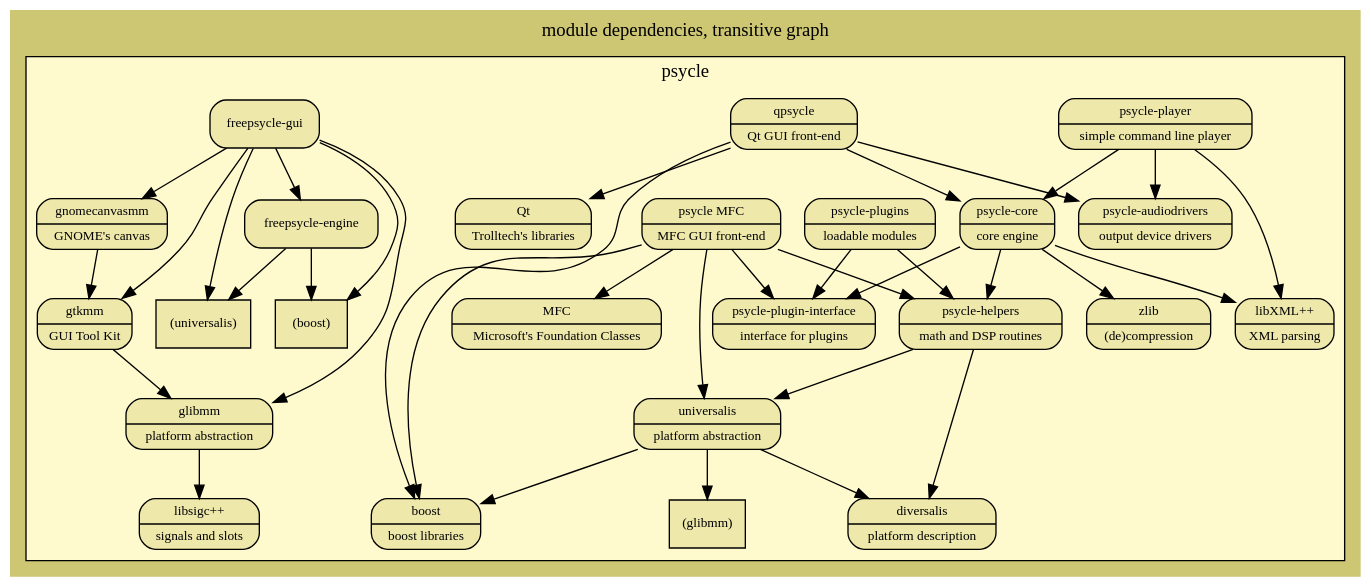
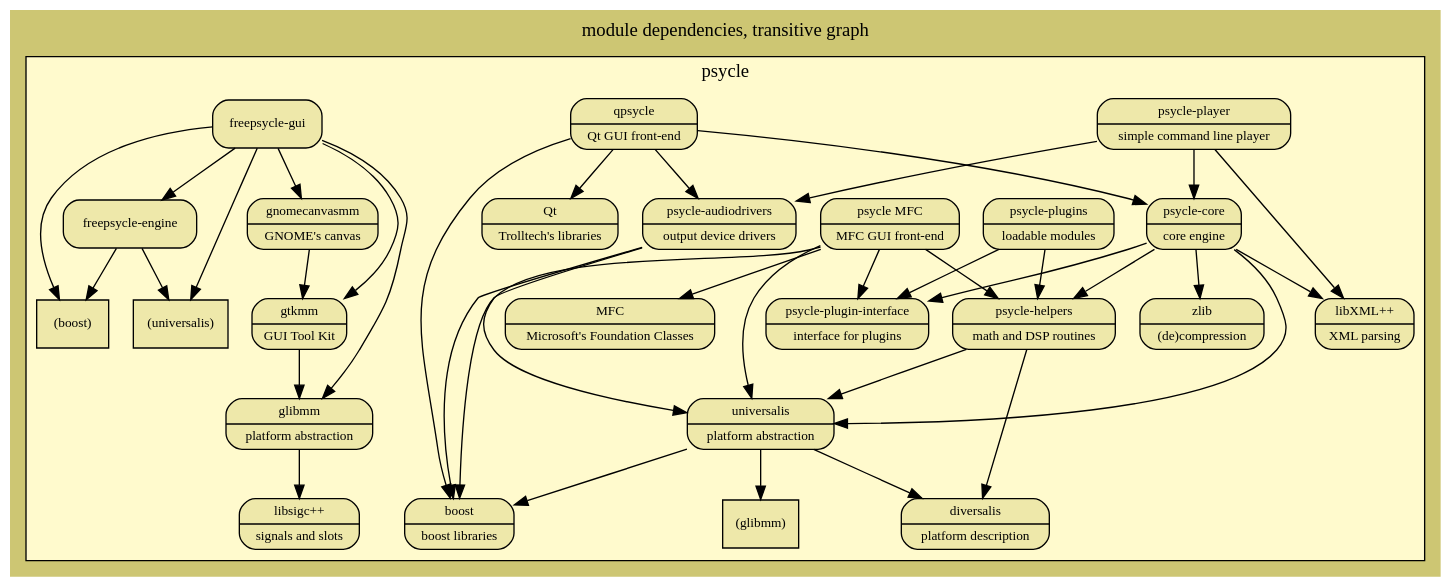
Before and after one commit to jpaquim/psycle: the diagram in dependencies.dot, drawn with Graphviz.

Commit message:
dependencies

```diff
--- a/dependencies.dot
+++ b/dependencies.dot
@@ -1,178 +1,181 @@
 // generate the .png image file with: dot dependencies.dot -Tpng > dependencies.png
 digraph dependencies {
 	label = "module dependencies, transitive graph"
 	rankdir = TB
 	//rankdir = LR
 	labelloc = t
 	fontname = verdana
 	fontsize = 14
 	bgcolor = khaki3
 	//concentrate = true // ugly line concentrations
 	ratio = auto
 	node [
 		shape = Mrecord
 		style = rounded
 		fillcolor = lemonchiffon1
 		fontname = verdana
 		fontsize = 10
 	]
 	
 	subgraph cluster_psycle {
 		label = "psycle"
 		bgcolor = lemonchiffon1
 		node [ style = filled fillcolor = palegoldenrod ]
 		
 		//subgraph cluster_external {
 			//label = "external"
 			//bgcolor = lemonchiffon1
 
 			//"stdc++" [ label = "{ stdc++ | standard C++ library }" ];
 			
 			//"posix" [ label = "{ POSIX | Portable OS Interface }" ];
 
 			"boost" [ label = "{ boost | boost libraries }" ];
 			//"boost" -> "stdc++";
 			//"stdc++" -> "stdc";
 
 			"libsigc++" [ label = "{ libsigc++ | signals and slots }" ];
 
 			"glibmm" [ label = "{ glibmm | platform abstraction }" ];
 			//"glibmm" -> "stdc++";
 			//"glibmm" -> "glib";
 			//"glib" -> "stdc";
 			"glibmm" -> "libsigc++";
 			
 			//"gdkmm" [ label = "{ gdkmm | GUI Drawing Kit }" ];
 			//"gdkmm" -> "glibmm";
 			//"gdkmm" -> "stdc++";
 			//"gdkmm" -> "gdk";
 			//"gdk" -> "stdc";
 			
 			//"cairomm";
 			//"gdkmm" -> "cairomm";
 			
 			//"pangomm";
 			//"gtkmm" -> "pangomm";
 			
 			//"atkmm";
 			//"gtkmm" -> "atkmm";
 
 			"gtkmm" [ label = "{ gtkmm | GUI Tool Kit }" ];
 			//"gtkmm" -> "gdkmm";
 			"gtkmm" -> "glibmm";
 			//"gtkmm" -> "stdc++";
 			//"gtkmm" -> "gtk";
 			//"gtk" -> "stdc";
 			
 			"gnomecanvasmm" [ label = "{ gnomecanvasmm | GNOME's canvas }" ];
 			"gnomecanvasmm" -> "gtkmm";
 			//"gnomecanvasmm" -> "stdc++";
 			//"gnomecanvasmm" -> "gnomecanvas";
 			//"gnomecanvas" -> "stdc";
 			
 			"qt" [ label = "{ Qt | Trolltech's libraries }"];
 			//"qt" -> "stdc++";
 			
 			//subgraph cluster_microsoft {
 				//label = "microsoft"
 				//bgcolor = khaki
 				//"msvc" [ label = "{ MSVC | Microsoft's Visual C++ compiler }"];
 			
 				"mfc" [ label = "{ MFC | Microsoft's Foundation Classes }" ];
 				//"mfc" -> "msvc";
 			//}
 
 			"libxml++" [ label = "{ libXML++ | XML parsing }"];
 			//"libxml++" -> "stdc++";
 
 			"zlib" [ label = "{ zlib | (de)compression }"];
 			//"zlib" -> "stdc";
 		//}
 		
 		//subgraph cluster_cross_platform {
 			//label = "cross-platform"
 			//bgcolor = lemonchiffon1
 			"diversalis" [ label = "{ diversalis | platform description }" ];
 			"universalis" [ label = "{ universalis | platform abstraction }" ];
 			"universalis" -> "diversalis";
 			"universalis" -> "boost";
 			"universalis" -> "(glibmm)";
 			//"universalis" -> "posix";
 			//"universalis" -> "stdc++";
 		//}
 		
 		"psycle-helpers" [ label = "{ psycle-helpers | math and DSP routines }" ];
 		"psycle-helpers" -> "universalis";
 		"psycle-helpers" -> "diversalis";
 		
 		"psycle-plugin-interface" [label = "{psycle-plugin-interface | interface for plugins }"];
 		
 		"psycle-core" [ label = "{ psycle-core | core engine }" ];
 		"psycle-core" -> "psycle-plugin-interface";
 		"psycle-core" -> "psycle-helpers";
+		"psycle-core" -> "universalis";
 		"psycle-core" -> "zlib";
 		"psycle-core" -> "libxml++";
 		
 		"psycle-audiodrivers" [ label = "{ psycle-audiodrivers | output device drivers }"];
+		"psycle-audiodrivers" -> "universalis";
+		"psycle-audiodrivers" -> "boost";
 		
 		"psycle-player" [ label = "{ psycle-player | simple command line player }"];
 		"psycle-player" -> "psycle-core";
 		"psycle-player" -> "psycle-audiodrivers";
 		"psycle-player" -> "libxml++";
 		
 		"psycle-plugins" [ label = "{ psycle-plugins | loadable modules }"];
 		"psycle-plugins" -> "psycle-plugin-interface";
 		"psycle-plugins" -> "psycle-helpers";
 
 		//subgraph cluster_gui {
 			//label = "GUI"
 			//bgcolor = lemonchiffon1
 			"qpsycle" [ label = "{ qpsycle | Qt GUI front-end }" ];
 			"qpsycle" -> "psycle-core";
 			"qpsycle" -> "psycle-audiodrivers";
 			"qpsycle" -> "boost";
 			"qpsycle" -> "qt";
 			
 			"psycle-mfc" [ label = "{ psycle MFC | MFC GUI front-end }" ];
 			"psycle-mfc" -> "psycle-plugin-interface";
 			"psycle-mfc" -> "psycle-helpers";
 			"psycle-mfc" -> "universalis";
 			//"psycle-mfc" -> "diversalis";
 			"psycle-mfc" -> "boost";
 			"psycle-mfc" -> "mfc";
 		//}
 		
 		//subgraph cluster_ufo {
 			//label = "UFO"
 			//bgcolor = lemonchiffon1
 			"freepsycle-engine" -> "(universalis)";
 			"freepsycle-engine" -> "(boost)";
 			"freepsycle-gui" -> "freepsycle-engine";
 			"freepsycle-gui" -> "(universalis)";
 			"freepsycle-gui" -> "(boost)" ;
 			"freepsycle-gui" -> "glibmm";
 			"freepsycle-gui" -> "gtkmm";
 			"freepsycle-gui" -> "gnomecanvasmm";
 		//}
 		
 		/*
 		subgraph cluster_buzz {
 			label = "buzz"
 			bgcolor = khaki
 			"aldrin" -> "libzzub";
 			"buzé" -> "libzzub";
 			"aldrin" -> "pygtk";
 			"pygtk" -> "gtk";
 			"gtkmm" -> "gtk";
 			"psy2zzub" -> "psycle-plugins";
 			"psy2zzub" -> "libzzub";
 		}
 		*/
 
 		subgraph refs {
 			"(universalis)" [ shape = box style = filled ];
 			"(boost)" [ shape = box style = filled ];
 			"(glibmm)" [ shape = box style = filled ];
 		}
 	}
 }
```
